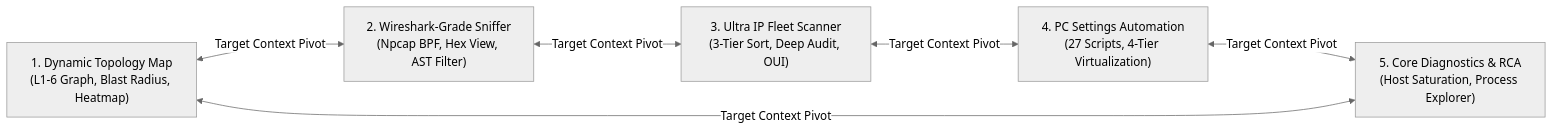
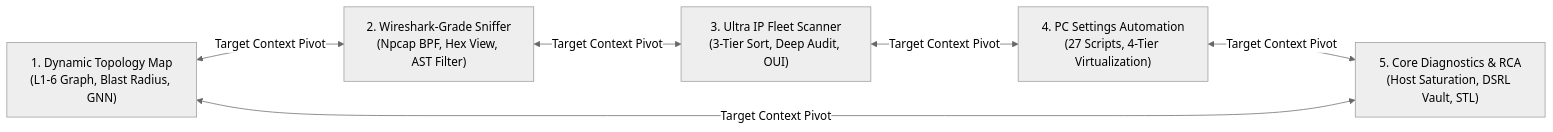
Before and after one commit to EldarJamiyev/Eldar-Jamiyev-Infrastructure-Intelligence: the second of 3 diagrams in README.md, drawn with Mermaid (neutral theme). The commit also changed other lines of this file and 16 other files, not shown here.

````diff
--- a/README.md
+++ b/README.md
@@ -253,14 +266,14 @@
 ```mermaid
 flowchart LR
-    V1["1. Dynamic Topology Map\n(L1-6 Graph, Blast Radius, Heatmap)"]
+    V1["1. Dynamic Topology Map\n(L1-6 Graph, Blast Radius, GNN)"]
     V2["2. Wireshark-Grade Sniffer\n(Npcap BPF, Hex View, AST Filter)"]
     V3["3. Ultra IP Fleet Scanner\n(3-Tier Sort, Deep Audit, OUI)"]
     V4["4. PC Settings Automation\n(27 Scripts, 4-Tier Virtualization)"]
-    V5["5. Core Diagnostics & RCA\n(Host Saturation, Process Explorer)"]
+    V5["5. Core Diagnostics & RCA\n(Host Saturation, DSRL Vault, STL)"]
 
     V1 <-->|Target Context Pivot| V2
     V2 <-->|Target Context Pivot| V3
     V3 <-->|Target Context Pivot| V4
     V4 <-->|Target Context Pivot| V5
     V5 <-->|Target Context Pivot| V1
 ```
````
